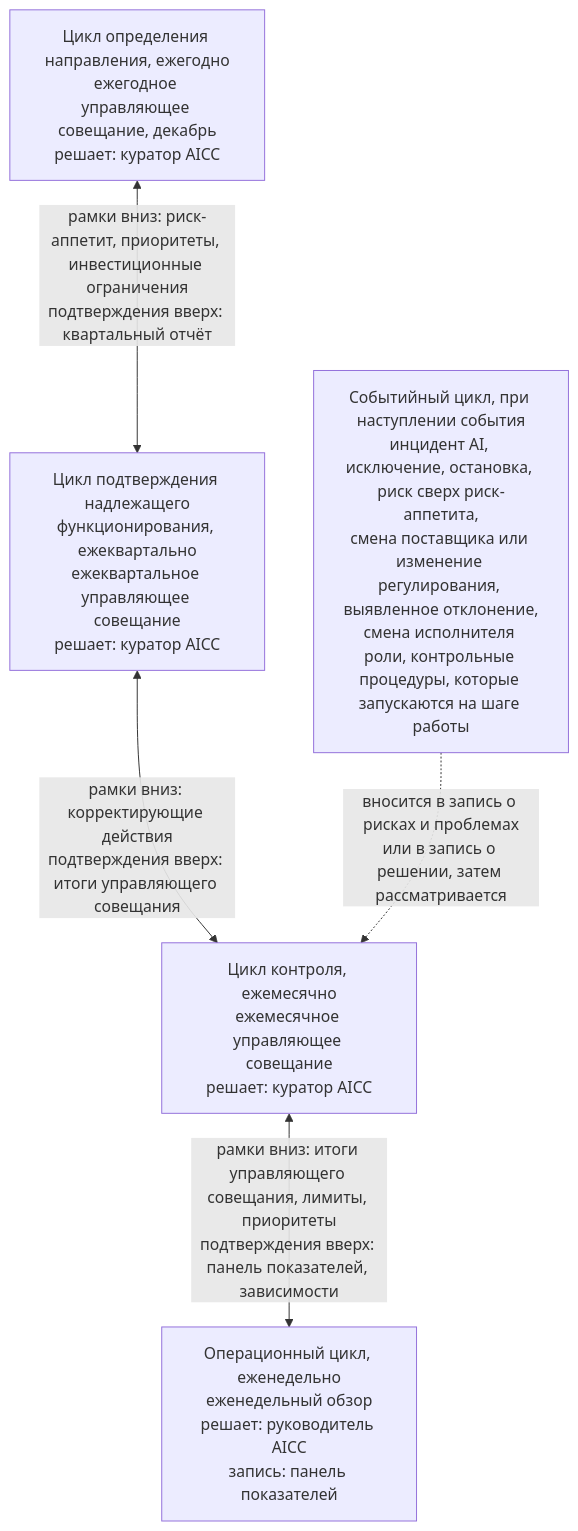
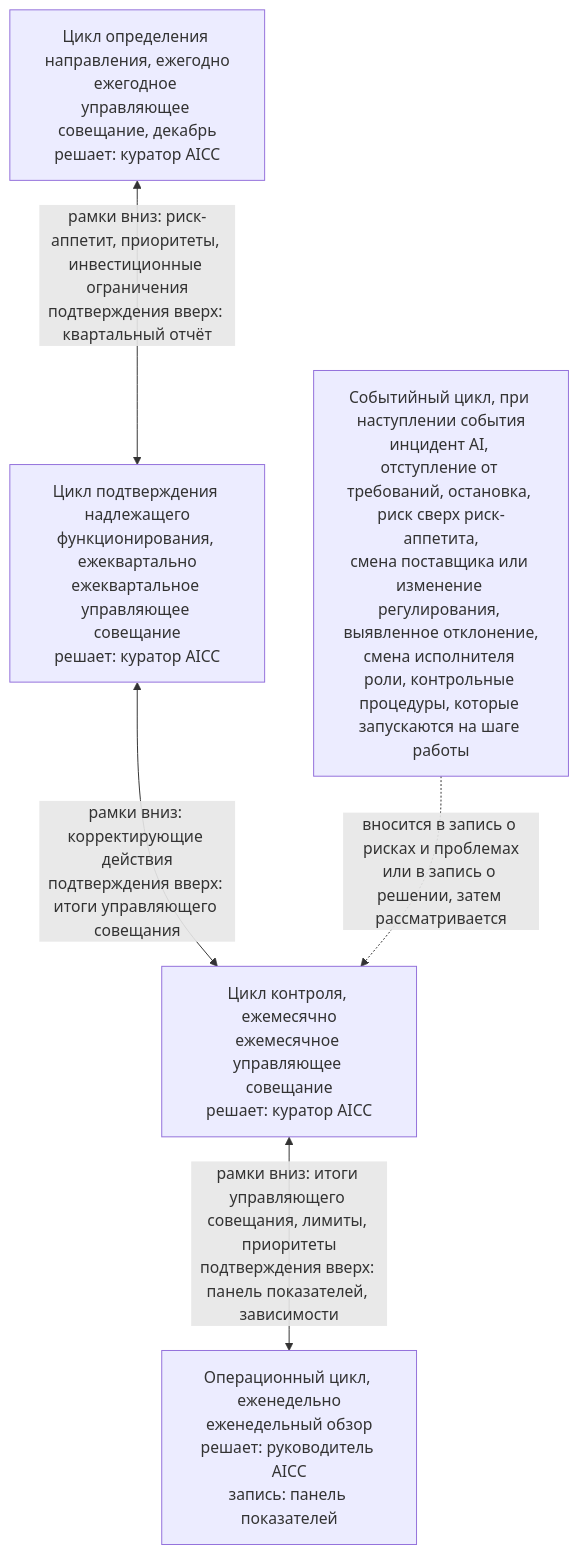
Before and after one commit to devhogu/ob-aicc: the second of 3 diagrams in charter/ru/guides/unit-governance-guide.md, drawn with Mermaid. The commit also changed other lines of this file and 112 other files, not shown here.

First line of the commit message:
Russian edition: Exception is «отступление от требований»; fairness, incident and benefit wording on Responsible AI

````diff
--- a/charter/ru/guides/unit-governance-guide.md
+++ b/charter/ru/guides/unit-governance-guide.md
@@ -52,12 +52,12 @@
 ```mermaid
 flowchart TB
   DI["Цикл определения направления, ежегодно<br/>ежегодное управляющее совещание, декабрь<br/>решает: куратор AICC"]
   AS["Цикл подтверждения надлежащего<br/>функционирования, ежеквартально<br/>ежеквартальное управляющее совещание<br/>решает: куратор AICC"]
   CO["Цикл контроля, ежемесячно<br/>ежемесячное управляющее совещание<br/>решает: куратор AICC"]
   OP["Операционный цикл, еженедельно<br/>еженедельный обзор<br/>решает: руководитель AICC<br/>запись: панель показателей"]
   DI <-->|"рамки вниз: риск-аппетит, приоритеты, инвестиционные ограничения<br/>подтверждения вверх: квартальный отчёт"| AS
   AS <-->|"рамки вниз: корректирующие действия<br/>подтверждения вверх: итоги управляющего совещания"| CO
   CO <-->|"рамки вниз: итоги управляющего совещания, лимиты, приоритеты<br/>подтверждения вверх: панель показателей, зависимости"| OP
-  EV["Событийный цикл, при наступлении события<br/>инцидент AI, исключение, остановка, риск сверх риск-аппетита,<br/>смена поставщика или изменение регулирования, выявленное отклонение,<br/>смена исполнителя роли, контрольные процедуры, которые запускаются на шаге работы"]
+  EV["Событийный цикл, при наступлении события<br/>инцидент AI, отступление от требований, остановка, риск сверх риск-аппетита,<br/>смена поставщика или изменение регулирования, выявленное отклонение,<br/>смена исполнителя роли, контрольные процедуры, которые запускаются на шаге работы"]
   EV -.->|"вносится в запись о рисках и проблемах<br/>или в запись о решении, затем рассматривается"| CO
 ```
````
